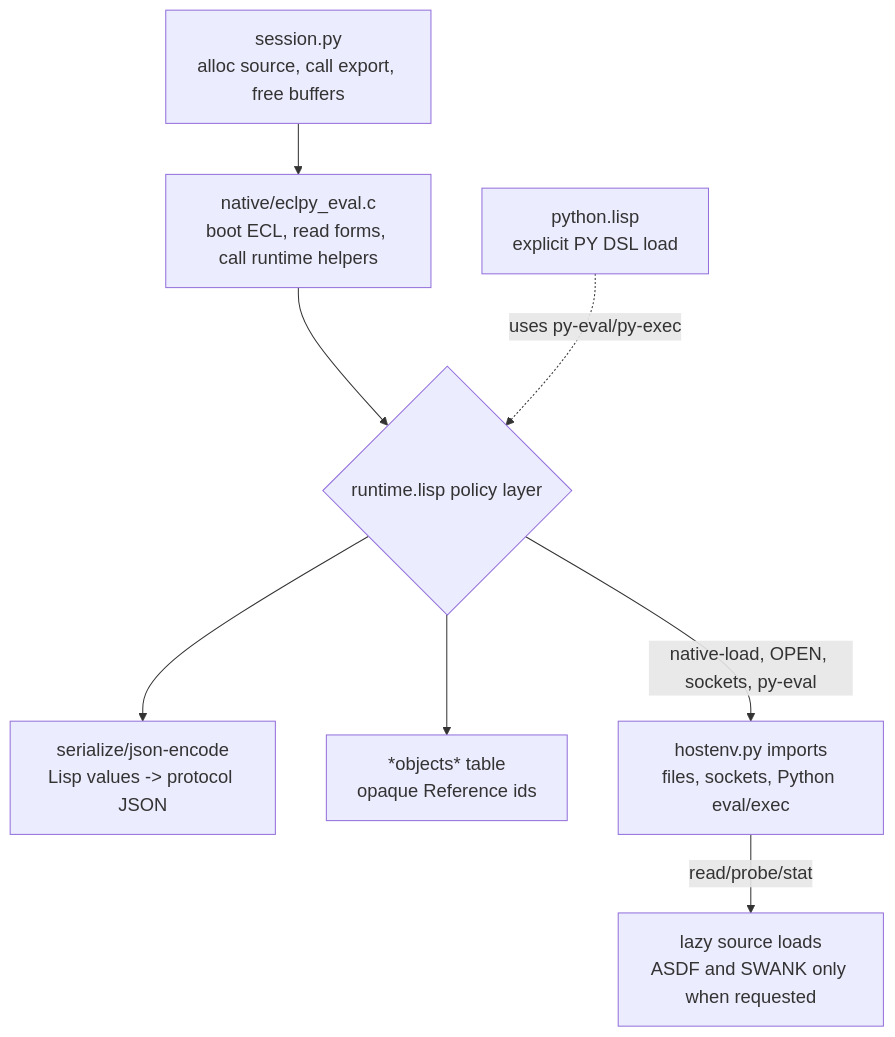
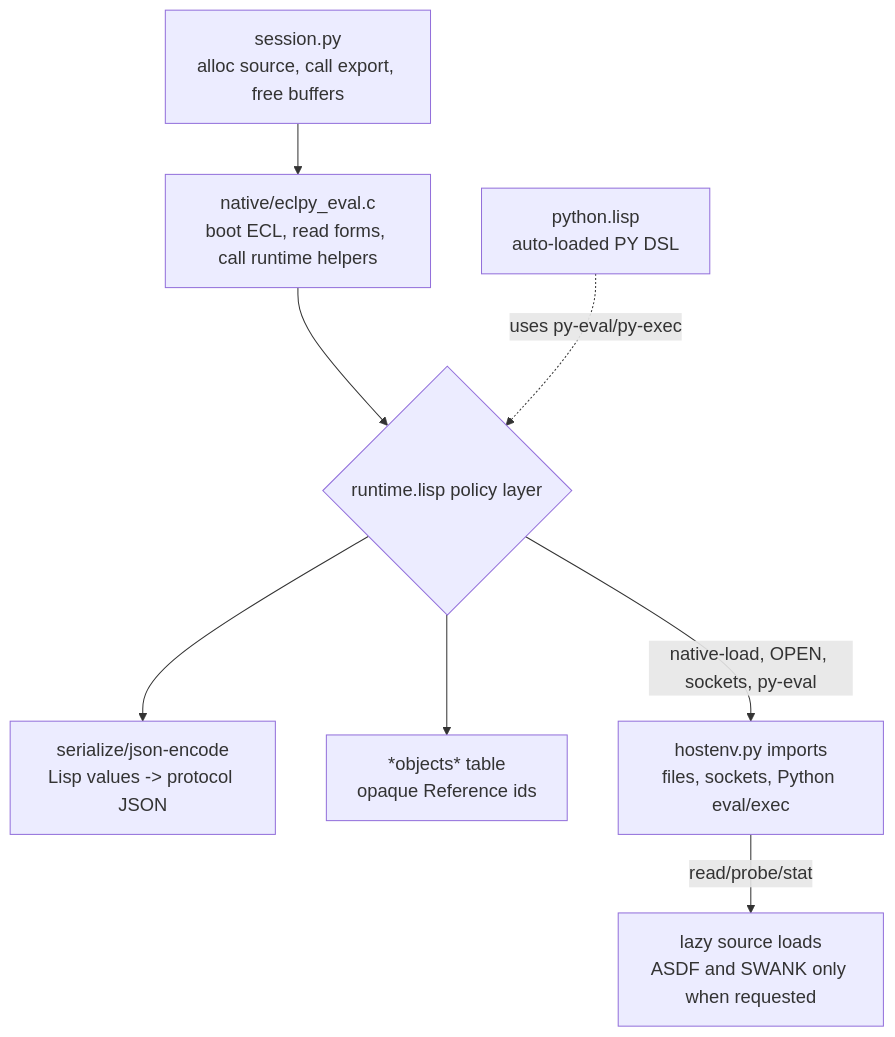
Before and after one commit to tani/eclpy: the second of 3 diagrams in docs/architecture.md, drawn with Mermaid. The commit also changed 12 other files, not shown here.

Commit message:
feat(lisp): load PY DSL automatically

````diff
--- a/docs/architecture.md
+++ b/docs/architecture.md
@@ -42,20 +42,20 @@
 ```mermaid
 %%{init: {"themeVariables": {"fontSize": "18px"}}}%%
 flowchart TB
     session["session.py<br/>alloc source, call export, free buffers"]
     cbridge["native/eclpy_eval.c<br/>boot ECL, read forms, call runtime helpers"]
     runtime{"runtime.lisp policy layer"}
     serializer["serialize/json-encode<br/>Lisp values -> protocol JSON"]
     refs["*objects* table<br/>opaque Reference ids"]
     hostenv["hostenv.py imports<br/>files, sockets, Python eval/exec"]
     lazy["lazy source loads<br/>ASDF and SWANK only when requested"]
-    pydsl["python.lisp<br/>explicit PY DSL load"]
+    pydsl["python.lisp<br/>auto-loaded PY DSL"]
 
     session --> cbridge
     cbridge --> runtime
     runtime --> serializer
     runtime --> refs
     runtime -->|"native-load, OPEN, sockets, py-eval"| hostenv
     hostenv -->|"read/probe/stat"| lazy
     pydsl -.->|"uses py-eval/py-exec"| runtime
 ```
````
